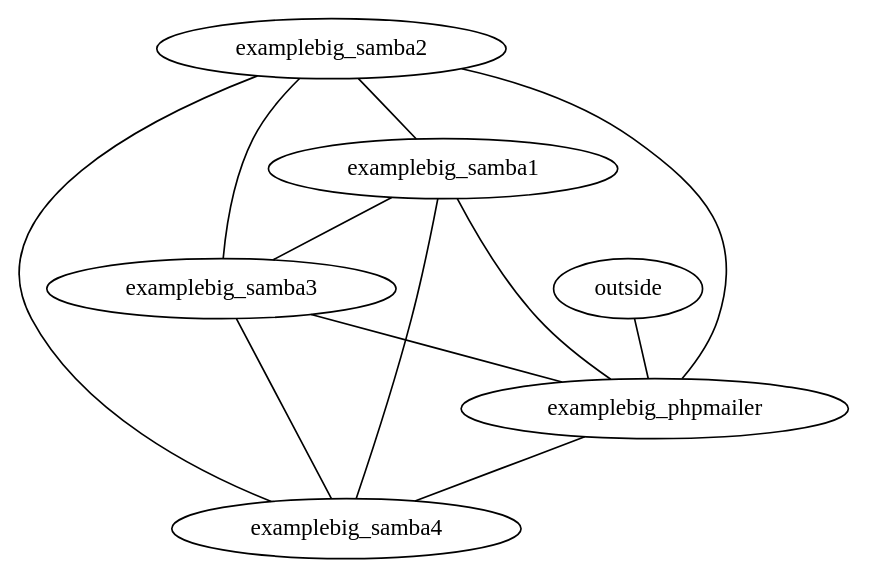
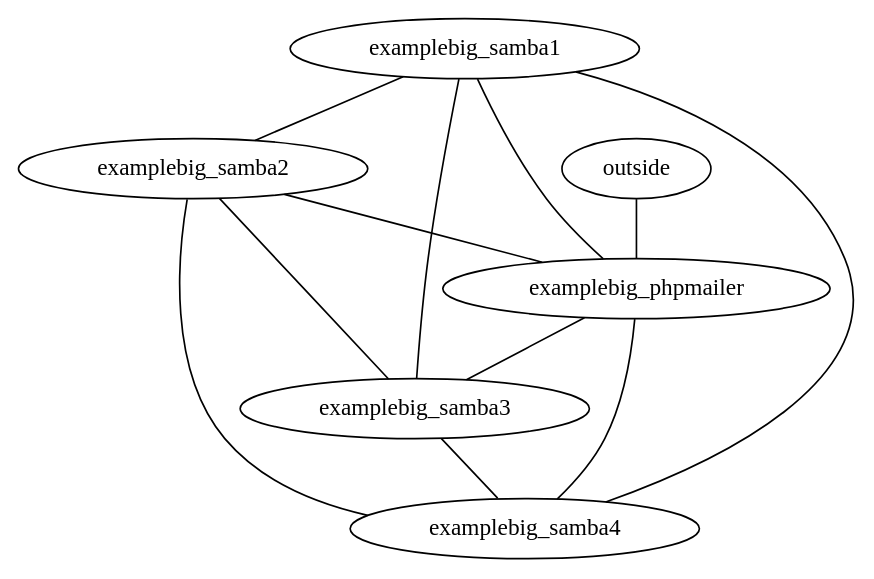
Before and after one commit to tum-i4/attack-graph-generator: the diagram in System/examples-results/examplebig/topology_graph.dot, drawn with Graphviz. The commit also changed 10 other files, not shown here.

```diff
--- a/System/examples-results/examplebig/topology_graph.dot
+++ b/System/examples-results/examplebig/topology_graph.dot
@@ -1,20 +1,20 @@
 // Topology Graph
 graph {
+	examplebig_samba1
 	examplebig_samba2
 	outside
-	examplebig_samba1
+	examplebig_phpmailer
 	examplebig_samba3
-	examplebig_phpmailer
 	examplebig_samba4
+	examplebig_phpmailer -- examplebig_samba4 [contstraint=false]
+	examplebig_samba1 -- examplebig_samba4 [contstraint=false]
 	examplebig_samba2 -- examplebig_samba3 [contstraint=false]
-	examplebig_phpmailer -- examplebig_samba4 [contstraint=false]
-	examplebig_samba3 -- examplebig_phpmailer [contstraint=false]
+	outside -- examplebig_phpmailer [contstraint=false]
+	examplebig_samba2 -- examplebig_samba4 [contstraint=false]
+	examplebig_samba3 -- examplebig_samba4 [contstraint=false]
+	examplebig_samba1 -- examplebig_samba2 [contstraint=false]
+	examplebig_samba1 -- examplebig_samba3 [contstraint=false]
 	examplebig_samba1 -- examplebig_phpmailer [contstraint=false]
-	examplebig_samba1 -- examplebig_samba3 [contstraint=false]
-	examplebig_samba3 -- examplebig_samba4 [contstraint=false]
-	examplebig_samba2 -- examplebig_samba4 [contstraint=false]
-	examplebig_samba1 -- examplebig_samba4 [contstraint=false]
-	examplebig_samba2 -- examplebig_samba1 [contstraint=false]
+	examplebig_phpmailer -- examplebig_samba3 [contstraint=false]
 	examplebig_samba2 -- examplebig_phpmailer [contstraint=false]
-	outside -- examplebig_phpmailer [contstraint=false]
 }
```
